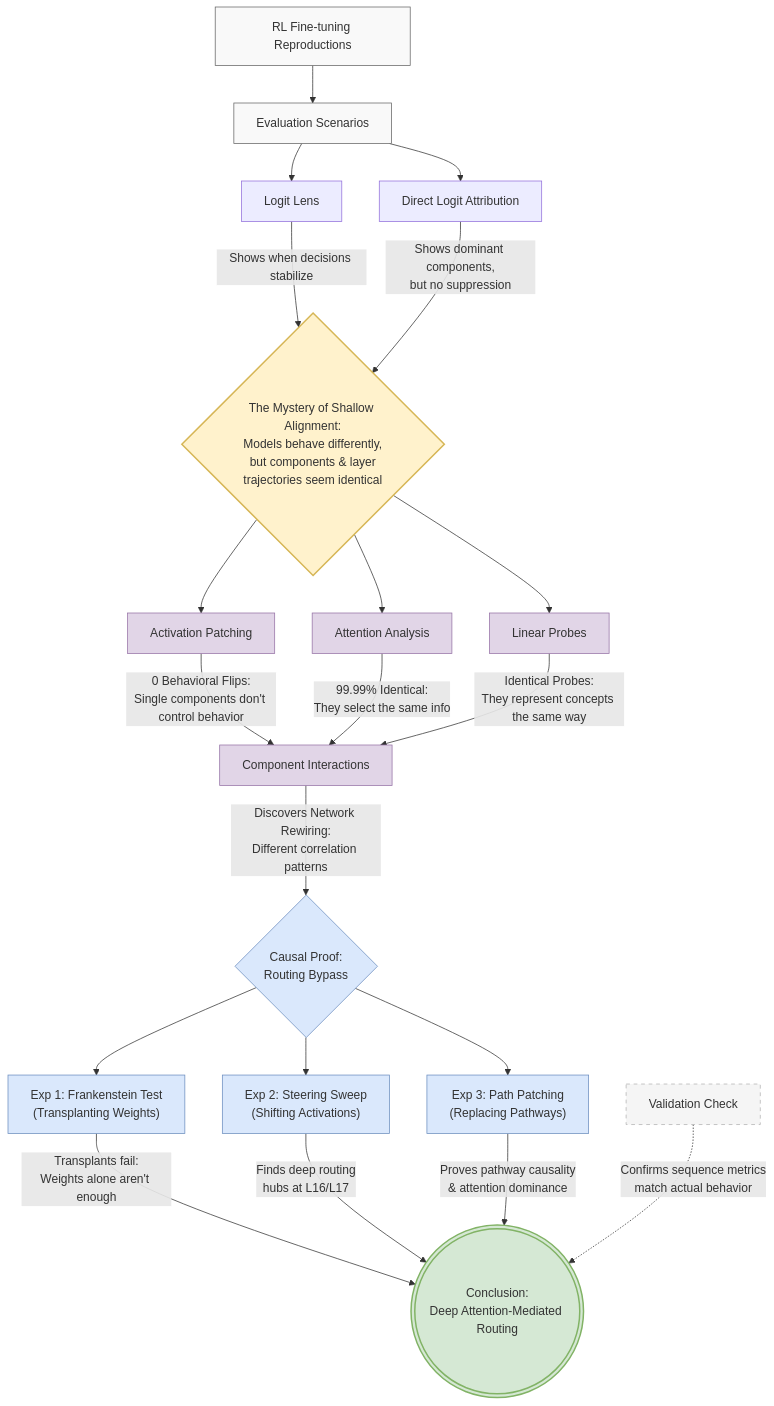
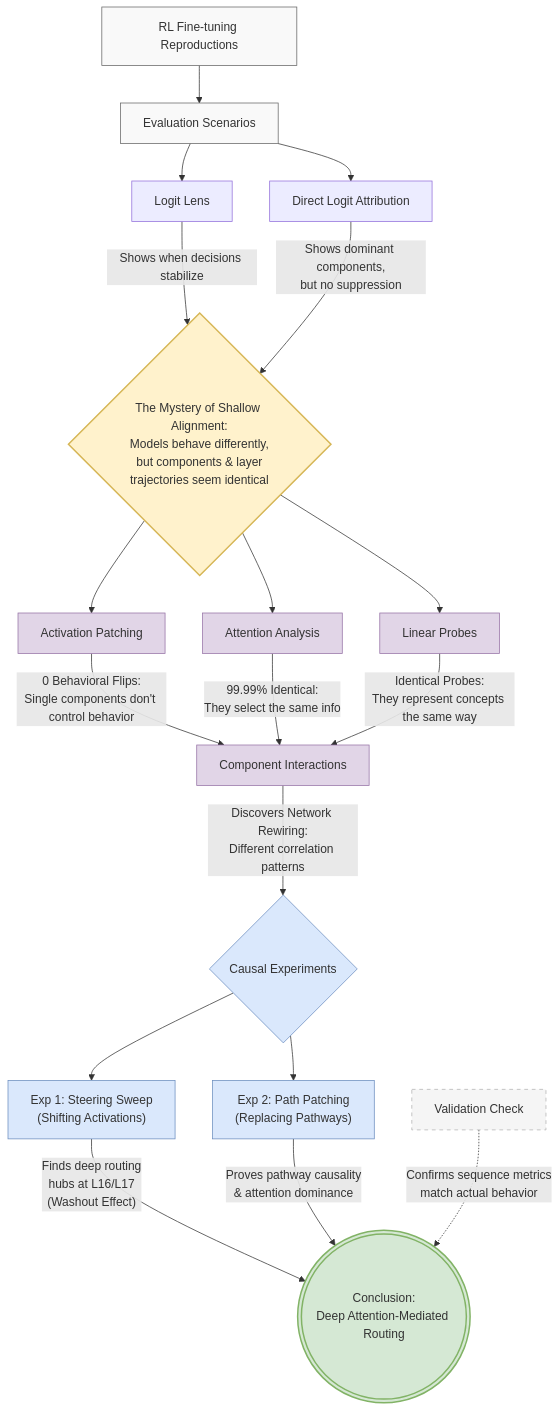
The fourth of 4 diagrams in WRITE_UP.md (tylercrosse/LLM_morality), drawn with Mermaid before and after one commit. The commit also changed other lines of this file, not shown here.

````diff
--- a/WRITE_UP.md
+++ b/WRITE_UP.md
@@ -864,59 +818,57 @@
 ```mermaid
 graph TD
     classDef setup fill:#f9f9f9,stroke:#666,stroke-width:1px;
     classDef feature fill:#fff2cc,stroke:#d6b656,stroke-width:2px;
     classDef test fill:#e1d5e7,stroke:#9673a6,stroke-width:1px;
     classDef causal fill:#dae8fc,stroke:#6c8ebf,stroke-width:1px;
     classDef conclusion fill:#d5e8d4,stroke:#82b366,stroke-width:2px;
     classDef validation fill:#f5f5f5,stroke:#b3b3b3,stroke-width:1px,stroke-dasharray: 5 5;
 
     %% Base Setup
     FT[RL Fine-tuning Reproductions] --> Eval[Evaluation Scenarios]
     Eval --> LL[Logit Lens]
     Eval --> DLA[Direct Logit Attribution]
 
     class FT,Eval setup;
 
     %% The Mystery
     LL -- Shows when decisions stabilize --> Mystery{The Mystery of Shallow Alignment:<br>Models behave differently,<br>but components & layer<br>trajectories seem identical}
     DLA -- Shows dominant components,<br>but no suppression --> Mystery
 
     class Mystery feature;
 
     %% Hypothesis Testing
     Mystery --> AP[Activation Patching]
     Mystery --> Attn[Attention Analysis]
     Mystery --> Probes[Linear Probes]
 
     class AP,Attn,Probes test;
 
     %% Null Results -> New Hypothesis
     AP -- "0 Behavioral Flips:<br>Single components don't control behavior" --> Interact[Component Interactions]
     Attn -- "99.99% Identical:<br>They select the same info" --> Interact
     Probes -- "Identical Probes:<br>They represent concepts the same way" --> Interact
 
     class Interact test;
 
     %% The Breakthrough
-    Interact -- "Discovers Network Rewiring:<br>Different correlation patterns" --> Causal{Causal Proof:<br>Routing Bypass}
+    Interact -- "Discovers Network Rewiring:<br>Different correlation patterns" --> Causal{Causal Experiments}
 
     class Causal causal;
 
     %% Testing the Mechanism
-    Causal --> Exp1["Exp 1: Frankenstein Test<br>(Transplanting Weights)"]
-    Causal --> Exp2["Exp 2: Steering Sweep<br>(Shifting Activations)"]
-    Causal --> Exp3["Exp 3: Path Patching<br>(Replacing Pathways)"]
+    Causal --> Exp1["Exp 1: Steering Sweep<br>(Shifting Activations)"]
+    Causal --> Exp2["Exp 2: Path Patching<br>(Replacing Pathways)"]
 
-    class Exp1,Exp2,Exp3 causal;
+    class Exp1,Exp2 causal;
 
     %% Final Conclusions
-    Exp1 -- Transplants fail:<br>Weights alone aren't enough --> Conclusion(((Conclusion:<br>Deep Attention-Mediated Routing)))
-    Exp2 -- Finds deep routing<br>hubs at L16/L17 --> Conclusion
-    Exp3 -- Proves pathway causality<br>& attention dominance --> Conclusion
+    Exp1 -- Finds deep routing<br>hubs at L16/L17<br>(Washout Effect) --> Conclusion(((Conclusion:<br>Deep Attention-Mediated Routing)))
+    Exp2 -- Proves pathway causality<br>& attention dominance --> Conclusion
 
     %% Validation
     Val[Validation Check] -. Confirms sequence metrics<br>match actual behavior .-> Conclusion
 
     class Conclusion conclusion;
     class Val validation;
 ```
````
